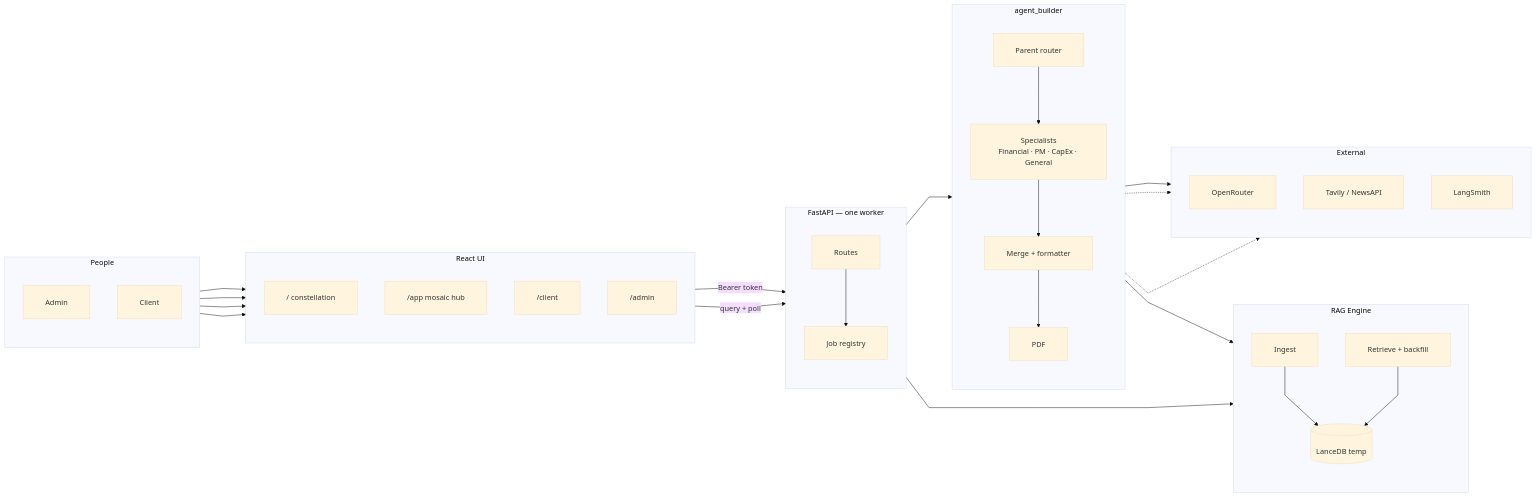
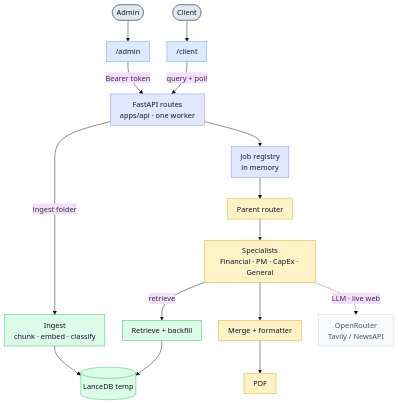
Before and after one commit to parialeauge/outskillai: the first of 3 diagrams in README.md, drawn with Mermaid (base theme). The commit also changed other lines of this file and 62 other files, not shown here.

````diff
--- a/README.md
+++ b/README.md
@@ -11,64 +11,37 @@
 ```mermaid
-%%{init: {"flowchart": {"curve": "linear", "nodeSpacing": 60, "rankSpacing": 100, "padding": 24, "htmlLabels": true}}}%%
-flowchart LR
-  subgraph people [People]
-    direction TB
-    AdminUser[Admin]
-    ClientUser[Client]
-  end
+%%{init: {"flowchart": {"curve": "basis", "nodeSpacing": 38, "rankSpacing": 46, "padding": 10}}}%%
+flowchart TB
+  Admin(["Admin"]) --> AdminPage["/admin"]
+  Client(["Client"]) --> ClientPage["/client"]
 
-  subgraph ui [React UI]
-    direction TB
-    Landing["/ constellation"]
-    AppHub["/app mosaic hub"]
-    ClientPage["/client"]
-    AdminPage["/admin"]
-  end
+  AdminPage -->|"Bearer token"| Routes["FastAPI routes<br/>apps/api · one worker"]
+  ClientPage -->|"query + poll"| Routes
 
-  subgraph api [FastAPI — one worker]
-    direction TB
-    Routes[Routes]
-    Jobs[Job registry]
-  end
+  Routes -->|"ingest folder"| Ingest["Ingest<br/>chunk · embed · classify"]
+  Routes --> Jobs["Job registry<br/>in memory"]
 
-  subgraph rag [RAG Engine]
-    direction TB
-    Ingest[Ingest]
-    Store[(LanceDB temp)]
-    Retrieve[Retrieve + backfill]
-  end
+  Jobs --> Parent["Parent router"]
+  Parent --> Specs["Specialists<br/>Financial · PM · CapEx · General"]
 
-  subgraph agents [agent_builder]
-    direction TB
-    Parent[Parent router]
-    Specs["Specialists<br/>Financial · PM · CapEx · General"]
-    Merge[Merge + formatter]
-    PDF[PDF]
-  end
+  Specs -->|"retrieve"| Retrieve["Retrieve + backfill"]
+  Specs --> Merge["Merge + formatter"]
+  Merge --> PDF["PDF"]
+  Specs -.->|"LLM · live web"| Ext["OpenRouter<br/>Tavily / NewsAPI"]
 
-  subgraph ext [External]
-    direction TB
-    OpenRouter[OpenRouter]
-    LiveWeb[Tavily / NewsAPI]
-    LangSmith[LangSmith]
-  end
+  Ingest --> Store[("LanceDB temp")]
+  Retrieve --> Store
 
-  AdminUser --> AdminPage
-  ClientUser --> Landing
-  ClientUser --> AppHub
-  ClientUser --> ClientPage
-  AdminPage -->|"Bearer token"| Routes
-  ClientPage -->|"query + poll"| Routes
-  Routes --> Jobs
-  Routes --> Ingest
-  Ingest --> Store
-  Jobs --> Parent
-  Parent --> Specs
-  Parent --> OpenRouter
-  Parent -.-> LangSmith
-  Specs --> Retrieve
-  Retrieve --> Store
-  Specs -.-> LiveWeb
-  Specs --> Merge
-  Merge --> PDF
+  classDef person fill:#e2e8f0,stroke:#64748b,color:#0f172a
+  classDef uiNode fill:#dbeafe,stroke:#60a5fa,color:#0f172a
+  classDef apiNode fill:#e0e7ff,stroke:#818cf8,color:#0f172a
+  classDef agentNode fill:#fef3c7,stroke:#f59e0b,color:#0f172a
+  classDef ragNode fill:#dcfce7,stroke:#22c55e,color:#0f172a
+  classDef extNode fill:#f8fafc,stroke:#cbd5e1,color:#475569
+
+  class Admin,Client person
+  class AdminPage,ClientPage uiNode
+  class Routes,Jobs apiNode
+  class Parent,Specs,Merge,PDF agentNode
+  class Ingest,Retrieve,Store ragNode
+  class Ext extNode
 ```
````
